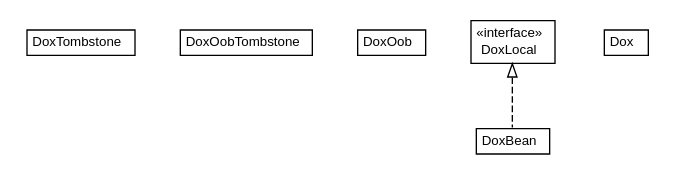
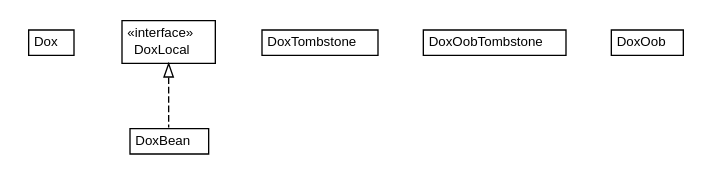
Before and after one commit to trajano/doxdb: the diagram in doxdb-rest/apidocs/net/trajano/doxdb/ejb/net.trajano.doxdb.ejb.dot, drawn with Graphviz. The commit also changed 166 other files, not shown here.

```diff
--- a/doxdb-rest/apidocs/net/trajano/doxdb/ejb/net.trajano.doxdb.ejb.dot
+++ b/doxdb-rest/apidocs/net/trajano/doxdb/ejb/net.trajano.doxdb.ejb.dot
@@ -1,51 +1,51 @@
 #!/usr/local/bin/dot
 #
 # Class diagram 
 # Generated by UMLGraph version R5_6-24-gf6e263 (http://www.umlgraph.org/)
 #
 
 digraph G {
-	edge [fontname="arial",fontsize=10,labelfontname="arial",labelfontsize=10];
-	node [fontname="arial",fontsize=10,shape=plaintext];
+	edge [fontname="Helvetica",fontsize=10,labelfontname="Helvetica",labelfontsize=10];
+	node [fontname="Helvetica",fontsize=10,shape=plaintext];
 	nodesep=0.25;
 	ranksep=0.5;
-	// net.trajano.doxdb.ejb.DoxTombstone
-	c0 [label=<<table title="net.trajano.doxdb.ejb.DoxTombstone" border="0" cellborder="1" cellspacing="0" cellpadding="2" port="p" href="./DoxTombstone.html">
+	// net.trajano.doxdb.ejb.Dox
+	c0 [label=<<table title="net.trajano.doxdb.ejb.Dox" border="0" cellborder="1" cellspacing="0" cellpadding="2" port="p" href="./Dox.html">
 		<tr><td><table border="0" cellspacing="0" cellpadding="1">
-<tr><td align="center" balign="center"> DoxTombstone </td></tr>
+<tr><td align="center" balign="center"> Dox </td></tr>
 		</table></td></tr>
-		</table>>, URL="./DoxTombstone.html", fontname="arial", fontcolor="black", fontsize=10.0];
-	// net.trajano.doxdb.ejb.DoxOobTombstone
-	c1 [label=<<table title="net.trajano.doxdb.ejb.DoxOobTombstone" border="0" cellborder="1" cellspacing="0" cellpadding="2" port="p" href="./DoxOobTombstone.html">
+		</table>>, URL="./Dox.html", fontname="Helvetica", fontcolor="black", fontsize=10.0];
+	// net.trajano.doxdb.ejb.DoxBean
+	c1 [label=<<table title="net.trajano.doxdb.ejb.DoxBean" border="0" cellborder="1" cellspacing="0" cellpadding="2" port="p" href="./DoxBean.html">
 		<tr><td><table border="0" cellspacing="0" cellpadding="1">
-<tr><td align="center" balign="center"> DoxOobTombstone </td></tr>
+<tr><td align="center" balign="center"> DoxBean </td></tr>
 		</table></td></tr>
-		</table>>, URL="./DoxOobTombstone.html", fontname="arial", fontcolor="black", fontsize=10.0];
-	// net.trajano.doxdb.ejb.DoxOob
-	c2 [label=<<table title="net.trajano.doxdb.ejb.DoxOob" border="0" cellborder="1" cellspacing="0" cellpadding="2" port="p" href="./DoxOob.html">
-		<tr><td><table border="0" cellspacing="0" cellpadding="1">
-<tr><td align="center" balign="center"> DoxOob </td></tr>
-		</table></td></tr>
-		</table>>, URL="./DoxOob.html", fontname="arial", fontcolor="black", fontsize=10.0];
+		</table>>, URL="./DoxBean.html", fontname="Helvetica", fontcolor="black", fontsize=10.0];
 	// net.trajano.doxdb.ejb.DoxLocal
-	c3 [label=<<table title="net.trajano.doxdb.ejb.DoxLocal" border="0" cellborder="1" cellspacing="0" cellpadding="2" port="p" href="./DoxLocal.html">
+	c2 [label=<<table title="net.trajano.doxdb.ejb.DoxLocal" border="0" cellborder="1" cellspacing="0" cellpadding="2" port="p" href="./DoxLocal.html">
 		<tr><td><table border="0" cellspacing="0" cellpadding="1">
 <tr><td align="center" balign="center"> &#171;interface&#187; </td></tr>
 <tr><td align="center" balign="center"> DoxLocal </td></tr>
 		</table></td></tr>
-		</table>>, URL="./DoxLocal.html", fontname="arial", fontcolor="black", fontsize=10.0];
-	// net.trajano.doxdb.ejb.DoxBean
-	c4 [label=<<table title="net.trajano.doxdb.ejb.DoxBean" border="0" cellborder="1" cellspacing="0" cellpadding="2" port="p" href="./DoxBean.html">
+		</table>>, URL="./DoxLocal.html", fontname="Helvetica", fontcolor="black", fontsize=10.0];
+	// net.trajano.doxdb.ejb.DoxTombstone
+	c3 [label=<<table title="net.trajano.doxdb.ejb.DoxTombstone" border="0" cellborder="1" cellspacing="0" cellpadding="2" port="p" href="./DoxTombstone.html">
 		<tr><td><table border="0" cellspacing="0" cellpadding="1">
-<tr><td align="center" balign="center"> DoxBean </td></tr>
+<tr><td align="center" balign="center"> DoxTombstone </td></tr>
 		</table></td></tr>
-		</table>>, URL="./DoxBean.html", fontname="arial", fontcolor="black", fontsize=10.0];
-	// net.trajano.doxdb.ejb.Dox
-	c5 [label=<<table title="net.trajano.doxdb.ejb.Dox" border="0" cellborder="1" cellspacing="0" cellpadding="2" port="p" href="./Dox.html">
+		</table>>, URL="./DoxTombstone.html", fontname="Helvetica", fontcolor="black", fontsize=10.0];
+	// net.trajano.doxdb.ejb.DoxOobTombstone
+	c4 [label=<<table title="net.trajano.doxdb.ejb.DoxOobTombstone" border="0" cellborder="1" cellspacing="0" cellpadding="2" port="p" href="./DoxOobTombstone.html">
 		<tr><td><table border="0" cellspacing="0" cellpadding="1">
-<tr><td align="center" balign="center"> Dox </td></tr>
+<tr><td align="center" balign="center"> DoxOobTombstone </td></tr>
 		</table></td></tr>
-		</table>>, URL="./Dox.html", fontname="arial", fontcolor="black", fontsize=10.0];
+		</table>>, URL="./DoxOobTombstone.html", fontname="Helvetica", fontcolor="black", fontsize=10.0];
+	// net.trajano.doxdb.ejb.DoxOob
+	c5 [label=<<table title="net.trajano.doxdb.ejb.DoxOob" border="0" cellborder="1" cellspacing="0" cellpadding="2" port="p" href="./DoxOob.html">
+		<tr><td><table border="0" cellspacing="0" cellpadding="1">
+<tr><td align="center" balign="center"> DoxOob </td></tr>
+		</table></td></tr>
+		</table>>, URL="./DoxOob.html", fontname="Helvetica", fontcolor="black", fontsize=10.0];
 	//net.trajano.doxdb.ejb.DoxBean implements net.trajano.doxdb.ejb.DoxLocal
-	c3:p -> c4:p [dir=back,arrowtail=empty,style=dashed];
+	c2:p -> c1:p [dir=back,arrowtail=empty,style=dashed];
 }
```
